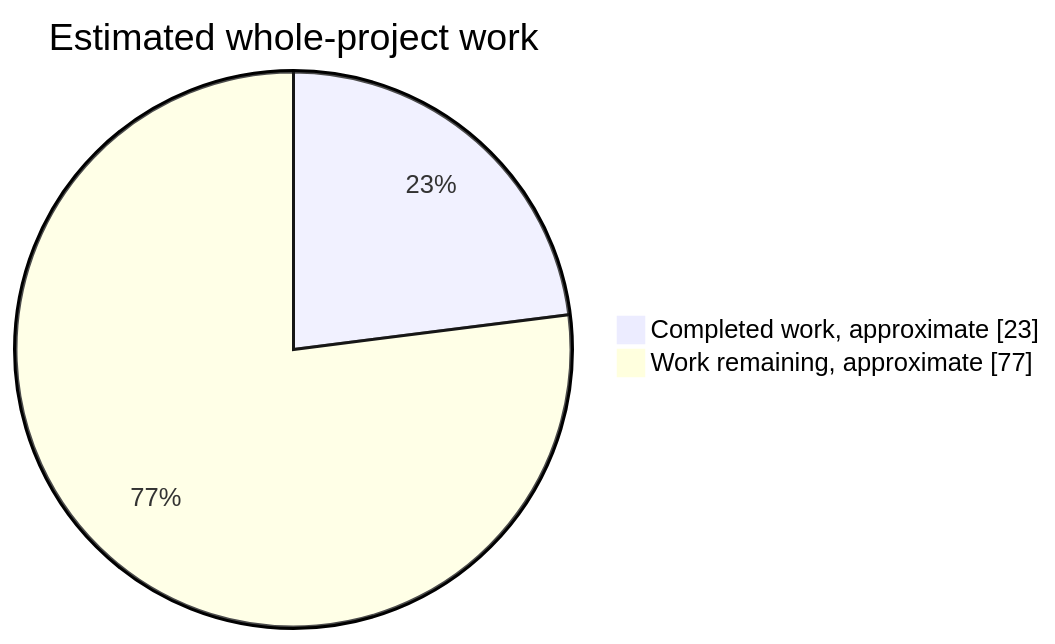
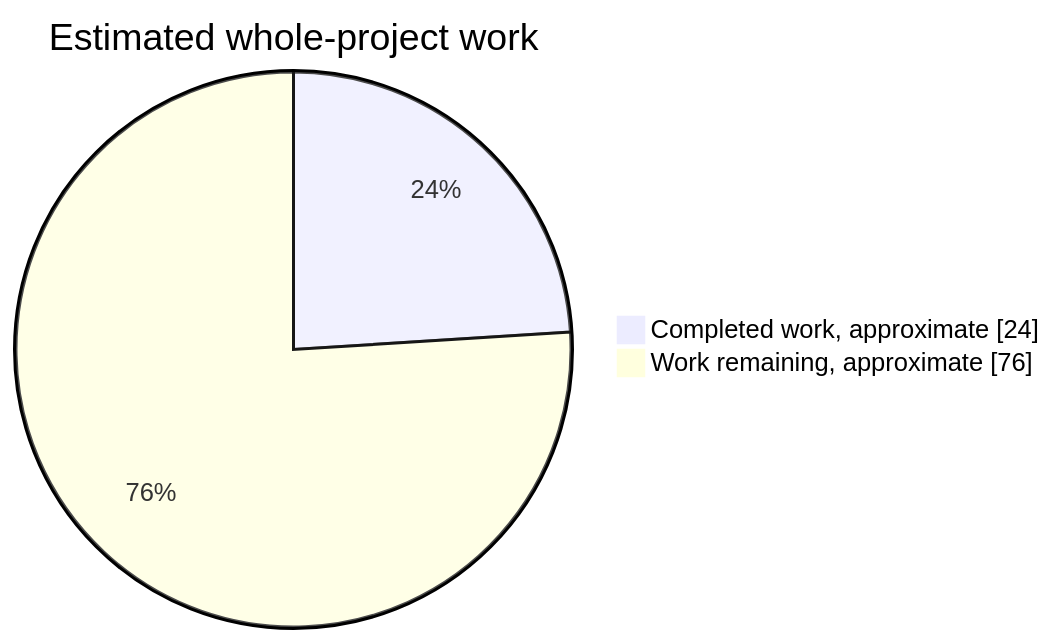
The first of 2 diagrams in readme.md (NachtRaveVL/stuntracefx), drawn with Mermaid before and after one commit. The commit also changed other lines of this file and 5 other files, not shown here.

````diff
--- a/readme.md
+++ b/readme.md
@@ -56,6 +56,6 @@
 ```mermaid
 pie showData
     title Estimated whole-project work
-    "Completed work, approximate" : 23
-    "Work remaining, approximate" : 77
+    "Completed work, approximate" : 24
+    "Work remaining, approximate" : 76
 ```
````
